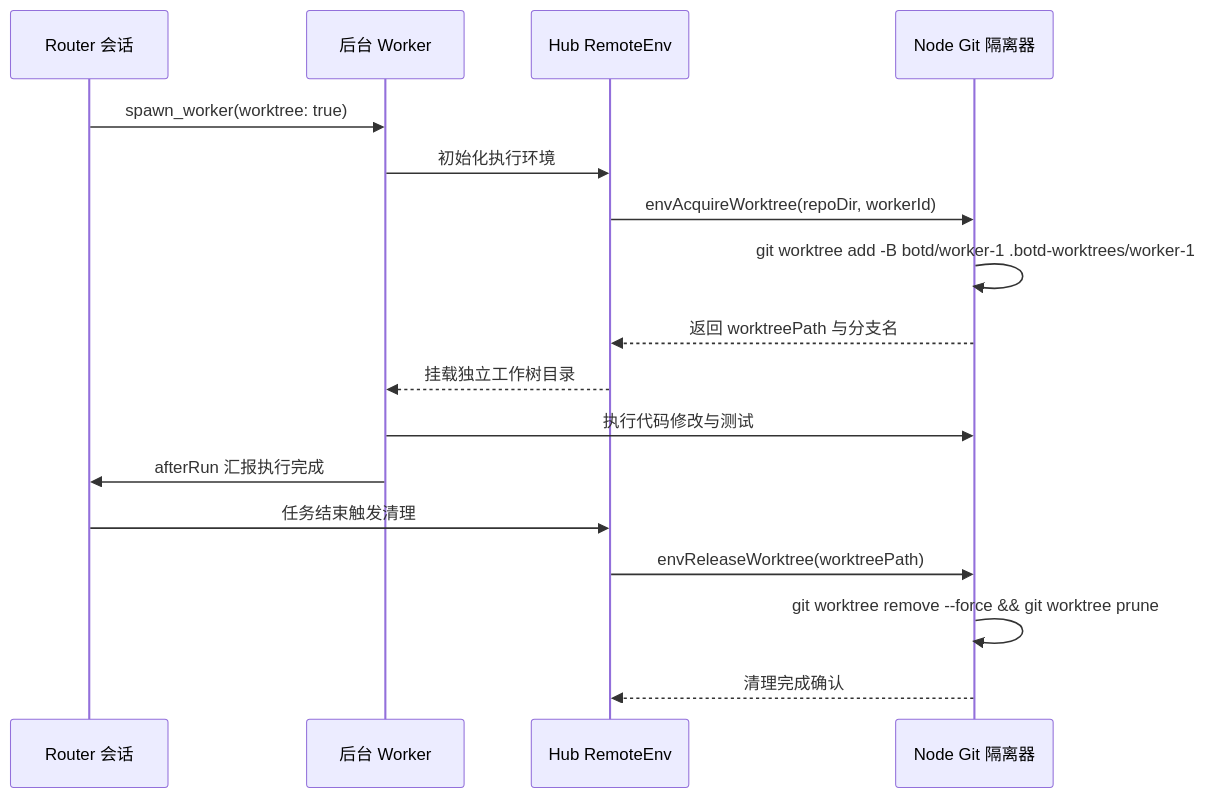
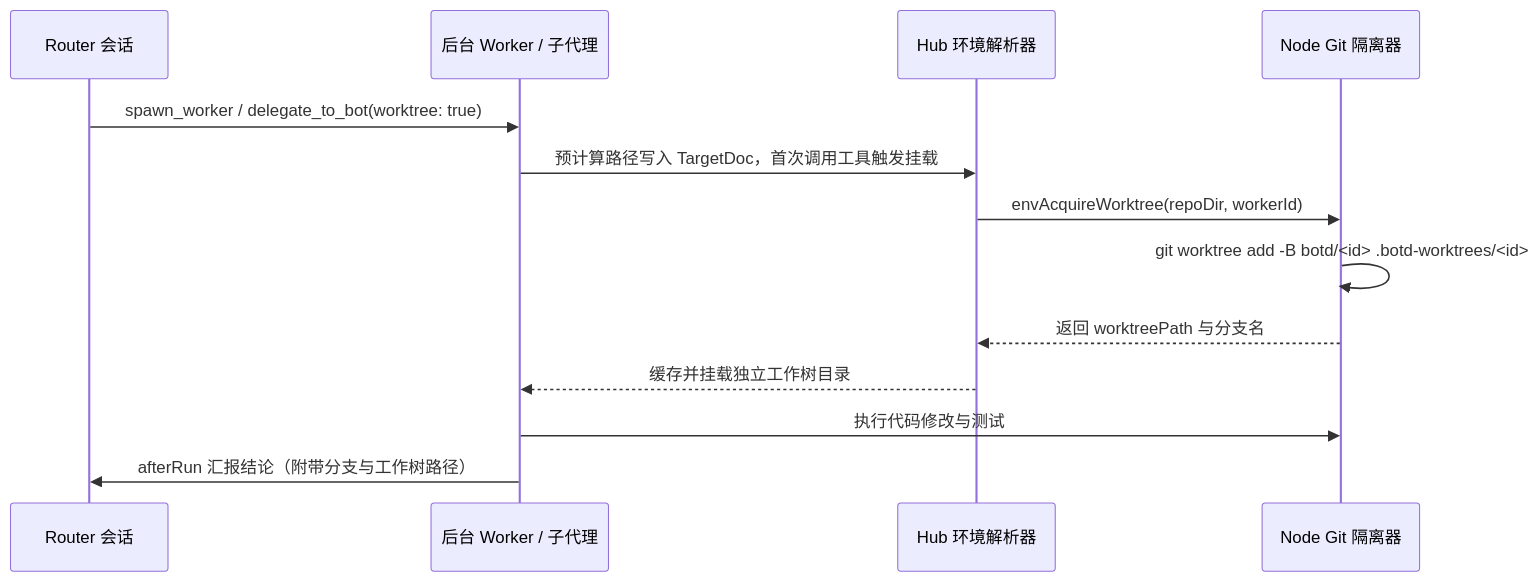
Before and after one commit to team4u/botd: the second of 2 diagrams in docs/workspace.md, drawn with Mermaid. The commit also changed other lines of this file and 21 other files, not shown here.

````diff
--- a/docs/workspace.md
+++ b/docs/workspace.md
@@ -105,20 +108,16 @@
 ```mermaid
 sequenceDiagram
     participant R as Router 会话
-    participant W as 后台 Worker
-    participant H as Hub RemoteEnv
+    participant W as 后台 Worker / 子代理
+    participant H as Hub 环境解析器
     participant N as Node Git 隔离器
 
-    R->>W: spawn_worker(worktree: true)
-    W->>H: 初始化执行环境
+    R->>W: spawn_worker / delegate_to_bot(worktree: true)
+    W->>H: 预计算路径写入 TargetDoc，首次调用工具触发挂载
     H->>N: envAcquireWorktree(repoDir, workerId)
-    N->>N: git worktree add -B botd/worker-1 .botd-worktrees/worker-1
+    N->>N: git worktree add -B botd/<id> .botd-worktrees/<id>
     N-->>H: 返回 worktreePath 与分支名
-    H-->>W: 挂载独立工作树目录
+    H-->>W: 缓存并挂载独立工作树目录
     W->>N: 执行代码修改与测试
-    W->>R: afterRun 汇报执行完成
-    R->>H: 任务结束触发清理
-    H->>N: envReleaseWorktree(worktreePath)
-    N->>N: git worktree remove --force && git worktree prune
-    N-->>H: 清理完成确认
+    W->>R: afterRun 汇报结论（附带分支与工作树路径）
 ```
````
